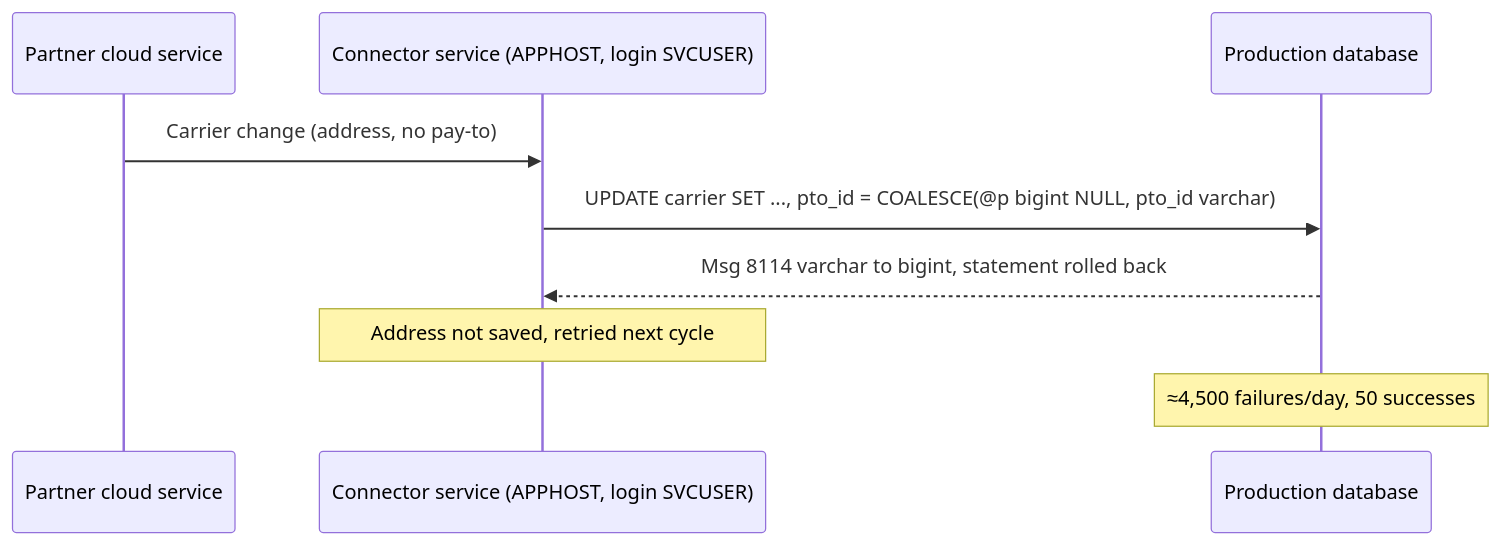
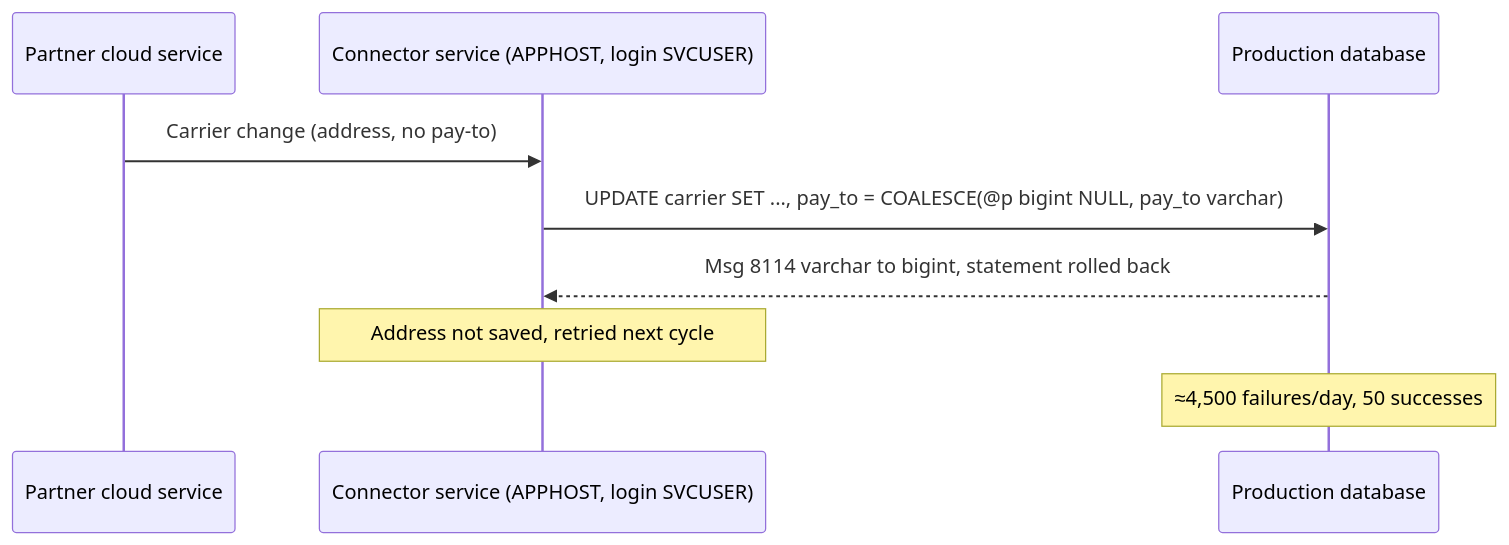
One commit to jneal78/Plugins changed the third of 4 diagrams in sqlserver-dba/skills/sql-findings-report/references/diagrams-and-reports.md. Above: the diagram before and after it, drawn with Mermaid. The commit also changed 5 other files, not shown here.

````diff
--- a/sqlserver-dba/skills/sql-findings-report/references/diagrams-and-reports.md
+++ b/sqlserver-dba/skills/sql-findings-report/references/diagrams-and-reports.md
@@ -46,11 +46,11 @@
 ```mermaid
 sequenceDiagram
   participant EXT as Partner cloud service
   participant SVC as Connector service (APPHOST, login SVCUSER)
   participant DB as Production database
   EXT->>SVC: Carrier change (address, no pay-to)
-  SVC->>DB: UPDATE carrier SET ..., pto_id = COALESCE(@p bigint NULL, pto_id varchar)
+  SVC->>DB: UPDATE carrier SET ..., pay_to = COALESCE(@p bigint NULL, pay_to varchar)
   DB-->>SVC: Msg 8114 varchar to bigint, statement rolled back
   Note over SVC: Address not saved, retried next cycle
   Note over DB: ≈4,500 failures/day, 50 successes
 ```
````
